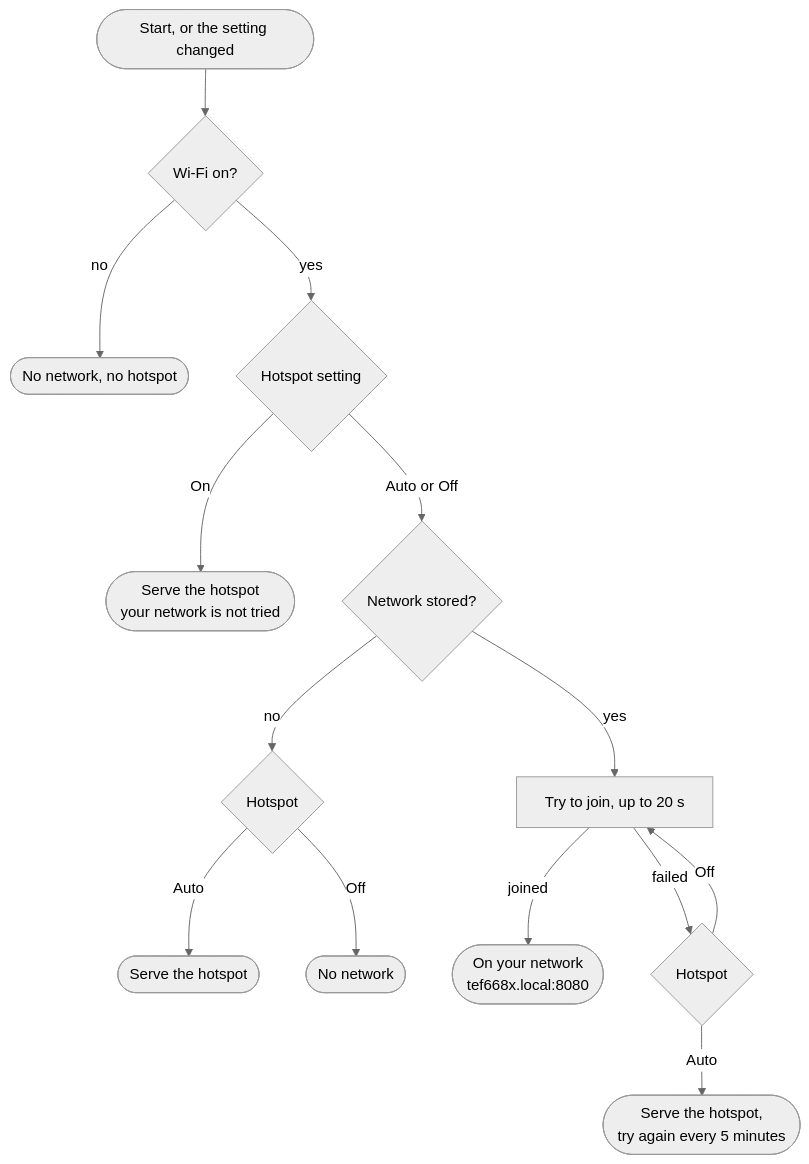
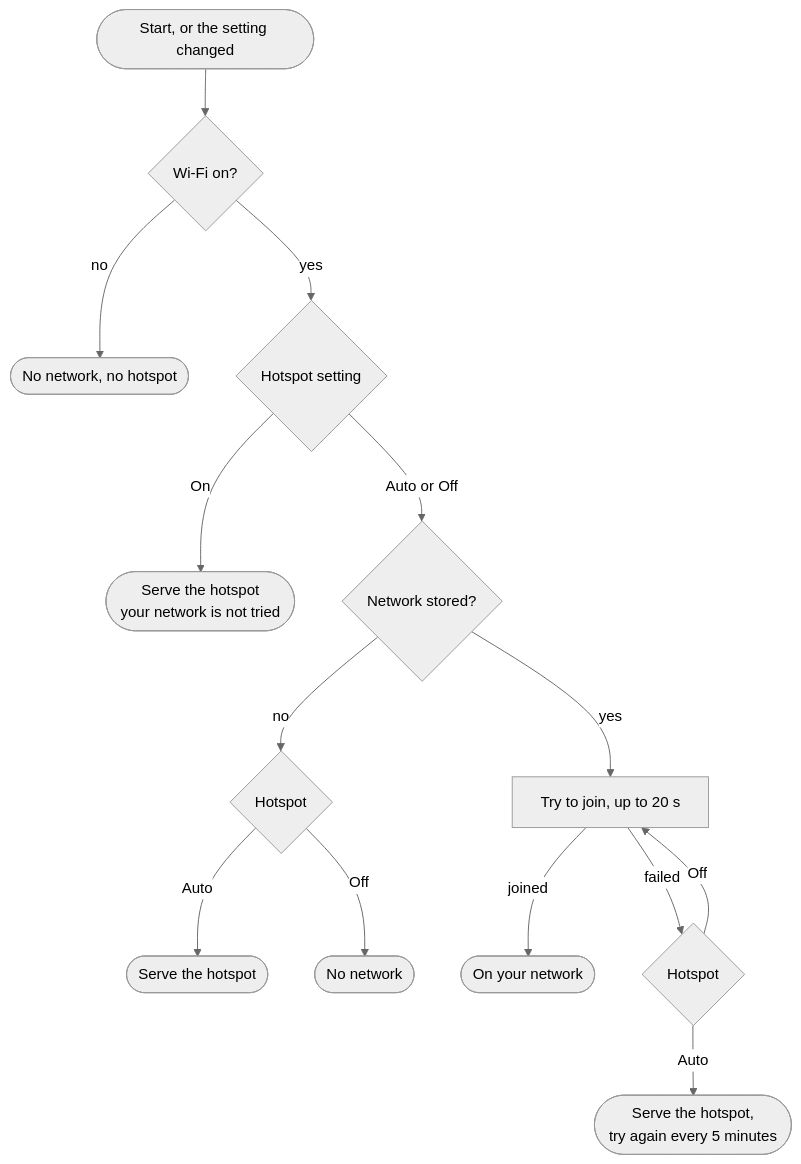
Before and after one commit to zeevy/tef668x-esp32: the diagram in wiki/Wi-Fi-and-Hotspot.md, drawn with Mermaid (neutral theme). The commit also changed 19 other files, not shown here.

````diff
--- a/wiki/Wi-Fi-and-Hotspot.md
+++ b/wiki/Wi-Fi-and-Hotspot.md
@@ -23,16 +23,16 @@
 ```mermaid
 flowchart TD
     A([Start, or the setting changed]) --> W{Wi-Fi on?}
     W -- no --> N([No network, no hotspot])
     W -- yes --> H{Hotspot setting}
     H -- On --> AP(["Serve the hotspot<br/>your network is not tried"])
     H -- "Auto or Off" --> S{Network stored?}
     S -- no --> AO{Hotspot}
     AO -- Auto --> AP2(["Serve the hotspot"])
     AO -- Off --> N2([No network])
     S -- yes --> J["Try to join, up to 20 s"]
-    J -- joined --> ON(["On your network<br/>tef668x.local:8080"])
+    J -- joined --> ON(["On your network"])
     J -- failed --> F{Hotspot}
     F -- Auto --> AP3(["Serve the hotspot,<br/>try again every 5 minutes"])
     F -- Off --> J
 ```
````
